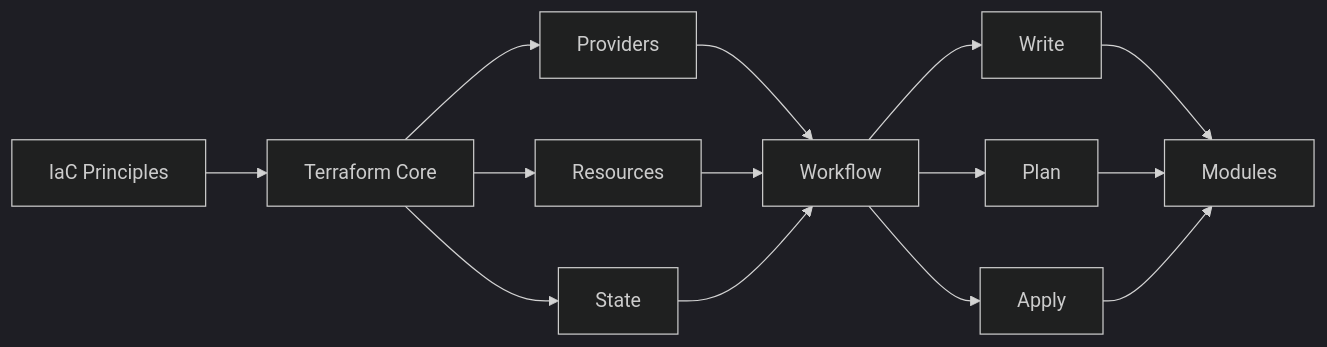
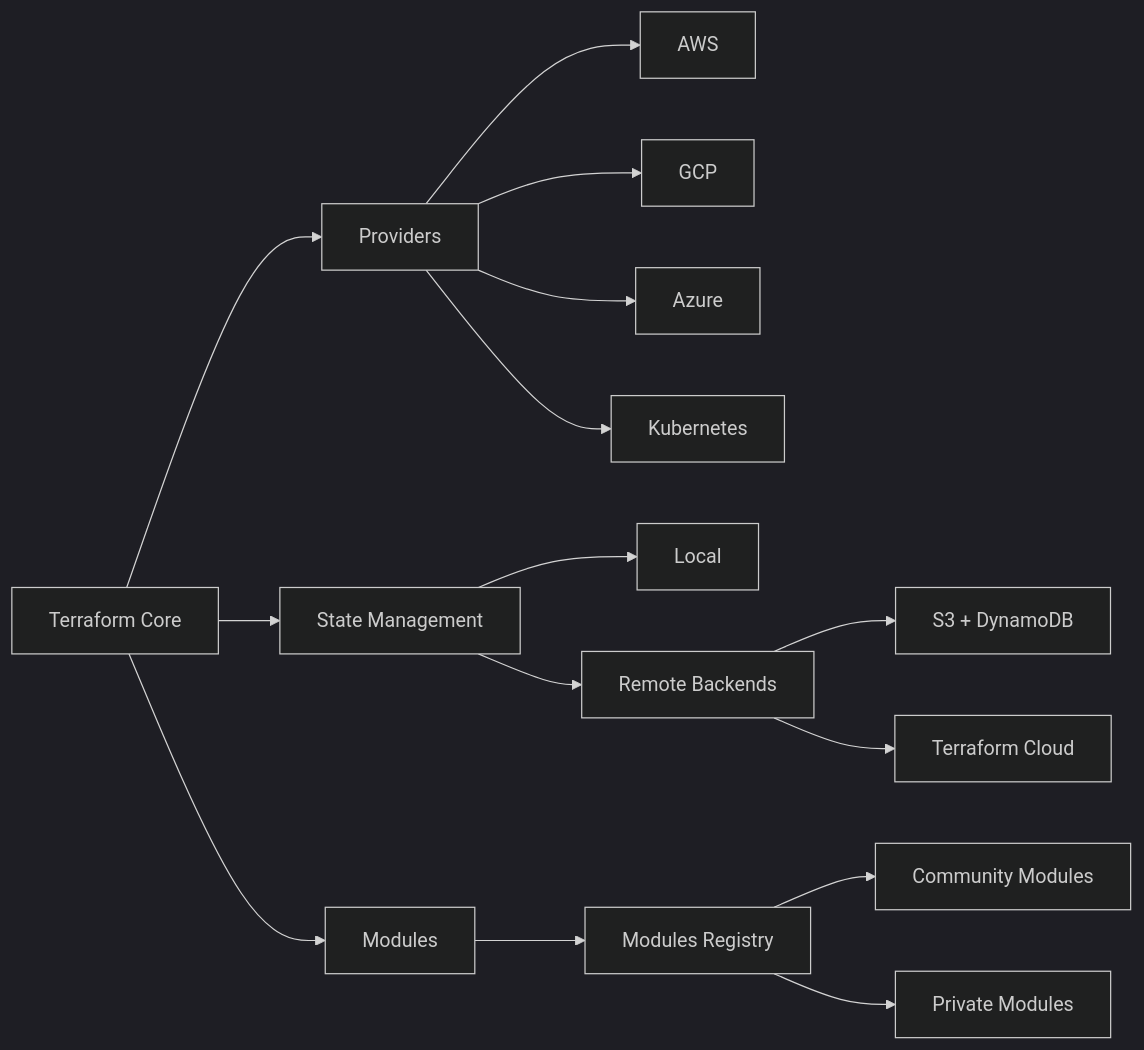
Before and after one commit to Raushan666java/ai-engineering-journey: the diagram in docs/courses/devops/09-iac.md, drawn with Mermaid (dark theme). The commit also changed other lines of this file and 62 other files, not shown here.

````diff
--- a/docs/courses/devops/09-iac.md
+++ b/docs/courses/devops/09-iac.md
@@ -31,12 +32,17 @@
 ```mermaid
 flowchart LR
-    A[IaC Principles] --> B[Terraform Core]
-    B --> C[Providers]
-    B --> D[Resources]
-    B --> E[State]
-    C & D & E --> F[Workflow]
-    F --> G[Write]
-    F --> H[Plan]
-    F --> I[Apply]
-    G & H & I --> J[Modules]
+    A[Terraform Core] --> B[Providers]
+    A --> C[State Management]
+    A --> D[Modules]
+    B --> E[AWS]
+    B --> F[GCP]
+    B --> G[Azure]
+    B --> H[Kubernetes]
+    C --> I[Local]
+    C --> J[Remote Backends]
+    J --> K[S3 + DynamoDB]
+    J --> L[Terraform Cloud]
+    D --> M[Modules Registry]
+    M --> N[Community Modules]
+    M --> O[Private Modules]
 ```
````
